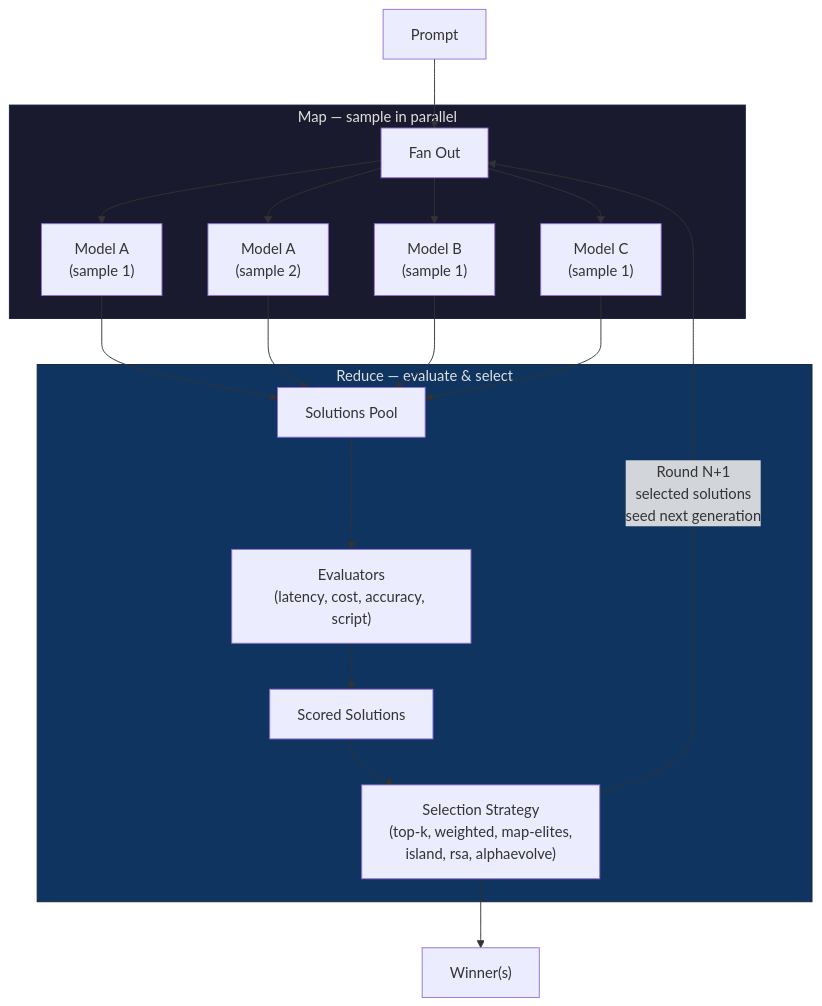
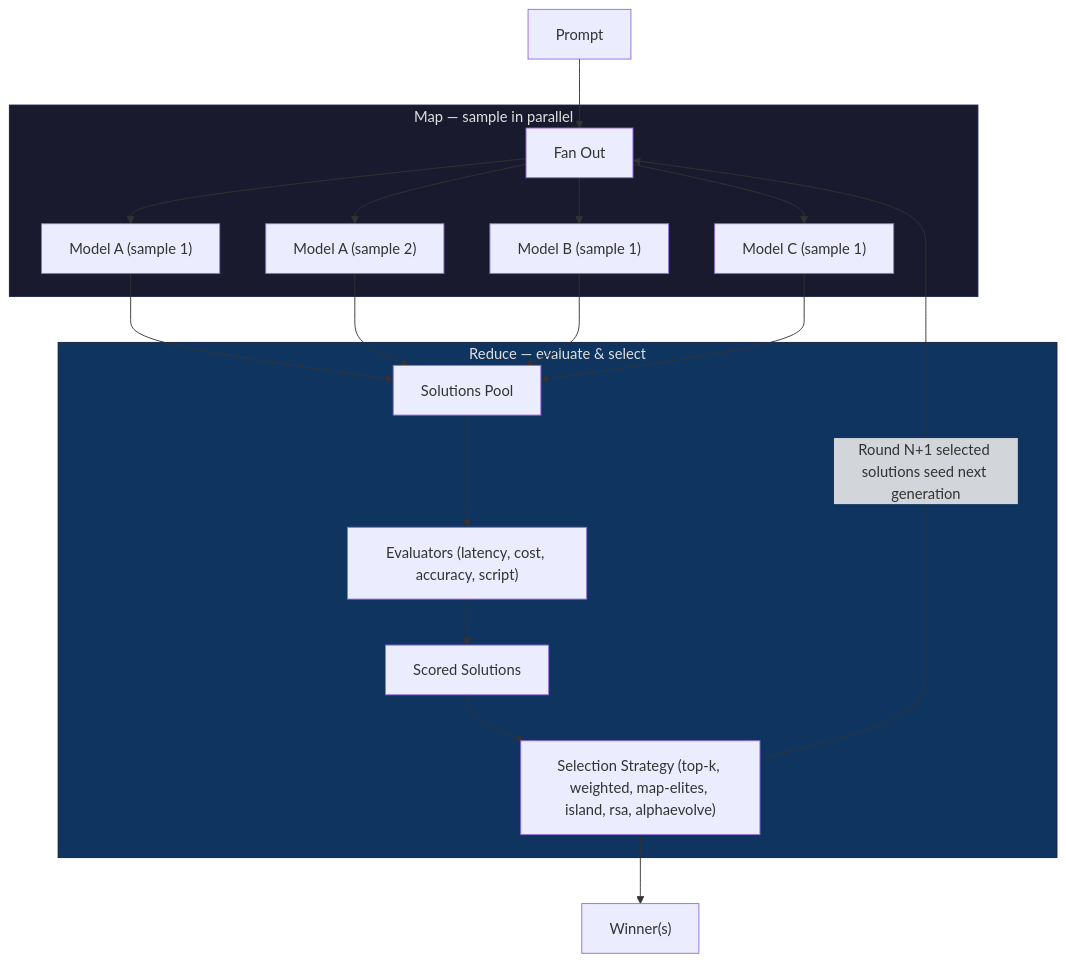
Before and after one commit to dimenwarper/fanout: the diagram in README.md, drawn with Mermaid. The commit also changed other lines of this file, not shown here.

Commit message:
some readme stuff"

````diff
--- a/README.md
+++ b/README.md
@@ -13,29 +19,29 @@
 ```mermaid
 flowchart TD
     P["Prompt"] --> F["Fan Out"]
 
     subgraph MAP ["Map — sample in parallel"]
-        F --> M1["Model A\n(sample 1)"]
-        F --> M2["Model A\n(sample 2)"]
-        F --> M3["Model B\n(sample 1)"]
-        F --> M4["Model C\n(sample 1)"]
+        F --> M1["Model A (sample 1)"]
+        F --> M2["Model A (sample 2)"]
+        F --> M3["Model B (sample 1)"]
+        F --> M4["Model C (sample 1)"]
     end
 
     M1 --> S["Solutions Pool"]
     M2 --> S
     M3 --> S
     M4 --> S
 
     subgraph REDUCE ["Reduce — evaluate & select"]
-        S --> E["Evaluators\n(latency, cost, accuracy, script)"]
+        S --> E["Evaluators (latency, cost, accuracy, script)"]
         E --> SC["Scored Solutions"]
-        SC --> SEL["Selection Strategy\n(top-k, weighted, map-elites,\nisland, rsa, alphaevolve)"]
+        SC --> SEL["Selection Strategy (top-k, weighted, map-elites, island, rsa, alphaevolve)"]
     end
 
-    SEL --> |"Round N+1\nselected solutions\nseed next generation"| F
+    SEL --> |"Round N+1 selected solutions seed next generation"| F
 
     SEL --> W["Winner(s)"]
 
     style MAP fill:#1a1a2e,stroke:#16213e,color:#e0e0e0
     style REDUCE fill:#0f3460,stroke:#16213e,color:#e0e0e0
 ```
````
